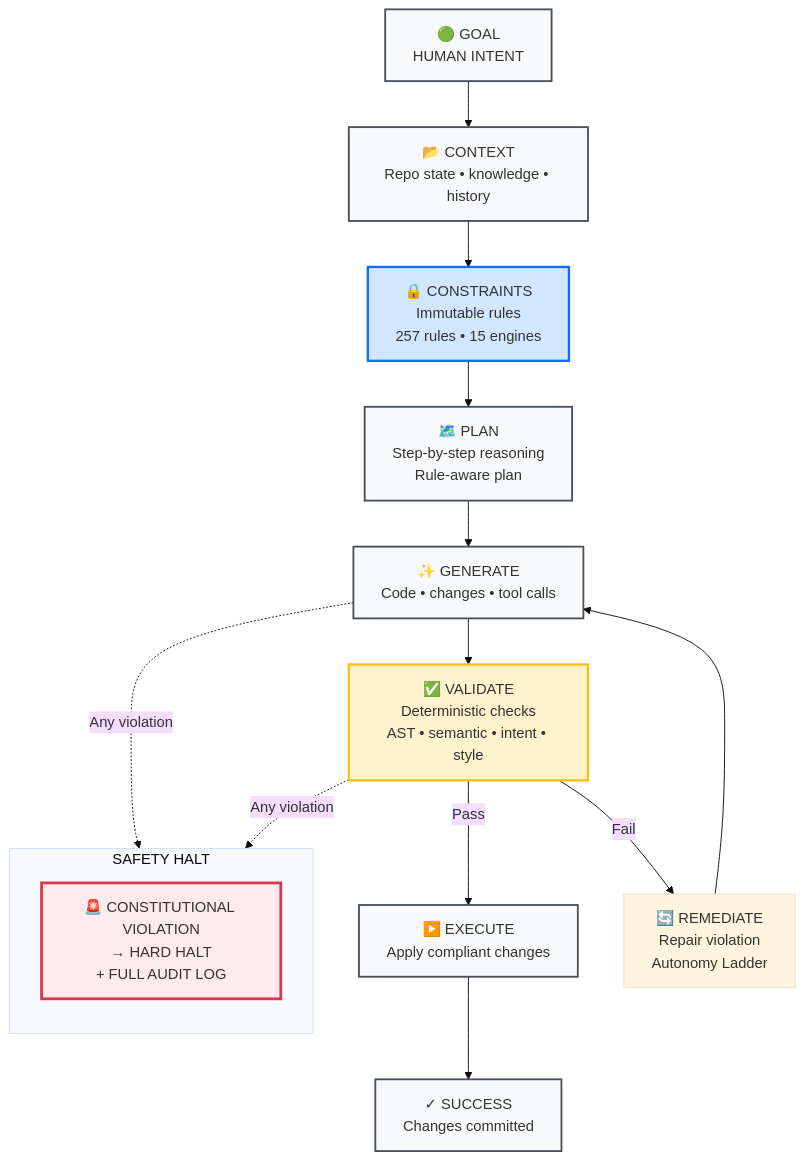
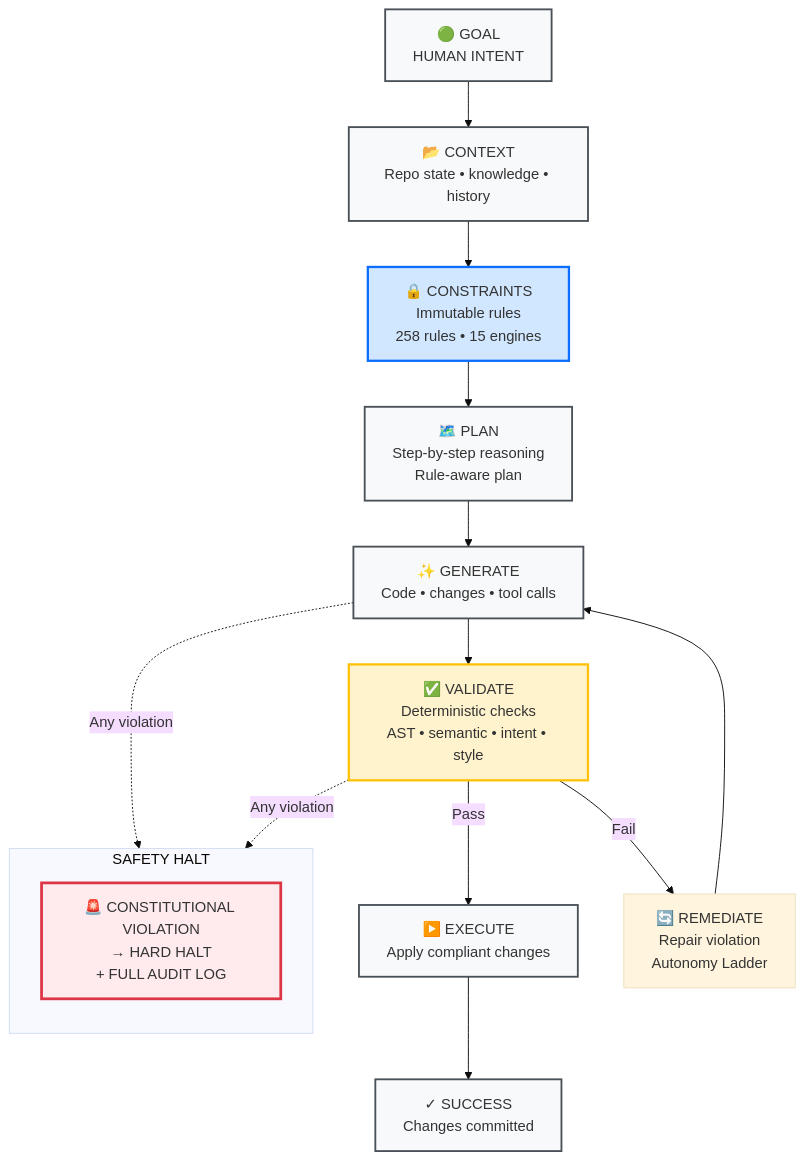
One commit to DariuszNewecki/CORE changed the diagram in README.md. Above: the diagram before and after it, drawn with Mermaid (base theme). The commit also changed other lines of this file and 1 other file, not shown here.

Commit message:
docs: sync governance counts after envelope rule

````diff
--- a/README.md
+++ b/README.md
@@ -148,30 +148,30 @@
 ```mermaid
 flowchart TD
     A["🟢 GOAL\nHUMAN INTENT"] --> B["📂 CONTEXT\nRepo state • knowledge • history"]
-    B --> C["🔒 CONSTRAINTS\nImmutable rules\n257 rules • 15 engines"]
+    B --> C["🔒 CONSTRAINTS\nImmutable rules\n258 rules • 15 engines"]
     C --> D["🗺️ PLAN\nStep-by-step reasoning\nRule-aware plan"]
     D --> E["✨ GENERATE\nCode • changes • tool calls"]
     E --> F["✅ VALIDATE\nDeterministic checks\nAST • semantic • intent • style"]
     F -->|Pass| G["▶️ EXECUTE\nApply compliant changes"]
     F -->|Fail| H["🔄 REMEDIATE\nRepair violation\nAutonomy Ladder"]
     H --> E
     G --> I["✓ SUCCESS\nChanges committed"]
 
     subgraph "SAFETY HALT"
         direction TB
         J["🚨 CONSTITUTIONAL VIOLATION\n→ HARD HALT\n+ FULL AUDIT LOG"]
     end
 
     E -.->|Any violation| J
     F -.->|Any violation| J
 
     classDef phase      fill:#f8f9fa,stroke:#495057,stroke-width:2px
     classDef constraint fill:#d1e7ff,stroke:#0d6efd,stroke-width:2.5px
     classDef validate   fill:#fff3cd,stroke:#ffc107,stroke-width:2.5px
     classDef halt       fill:#ffebee,stroke:#dc3545,stroke-width:3px
 
     class A,B,D,E,G,I phase
     class C constraint
     class F validate
     class J halt
 ```
````
